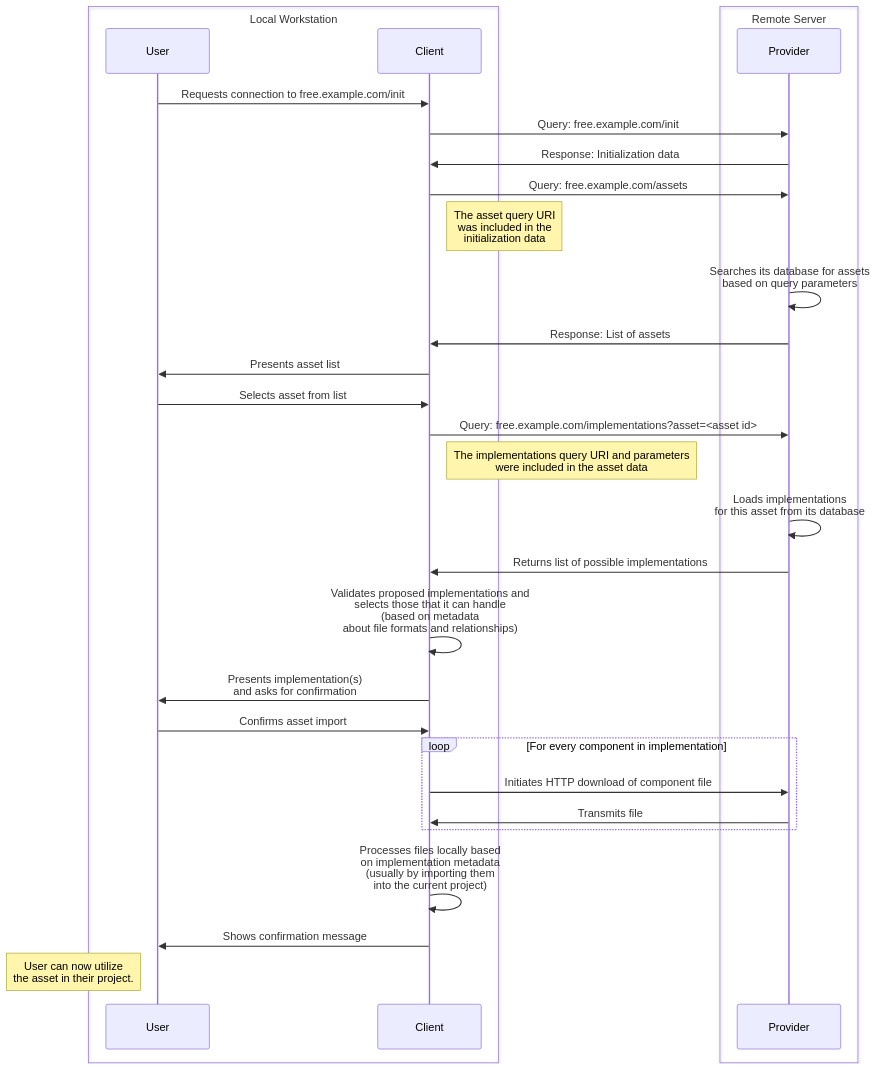
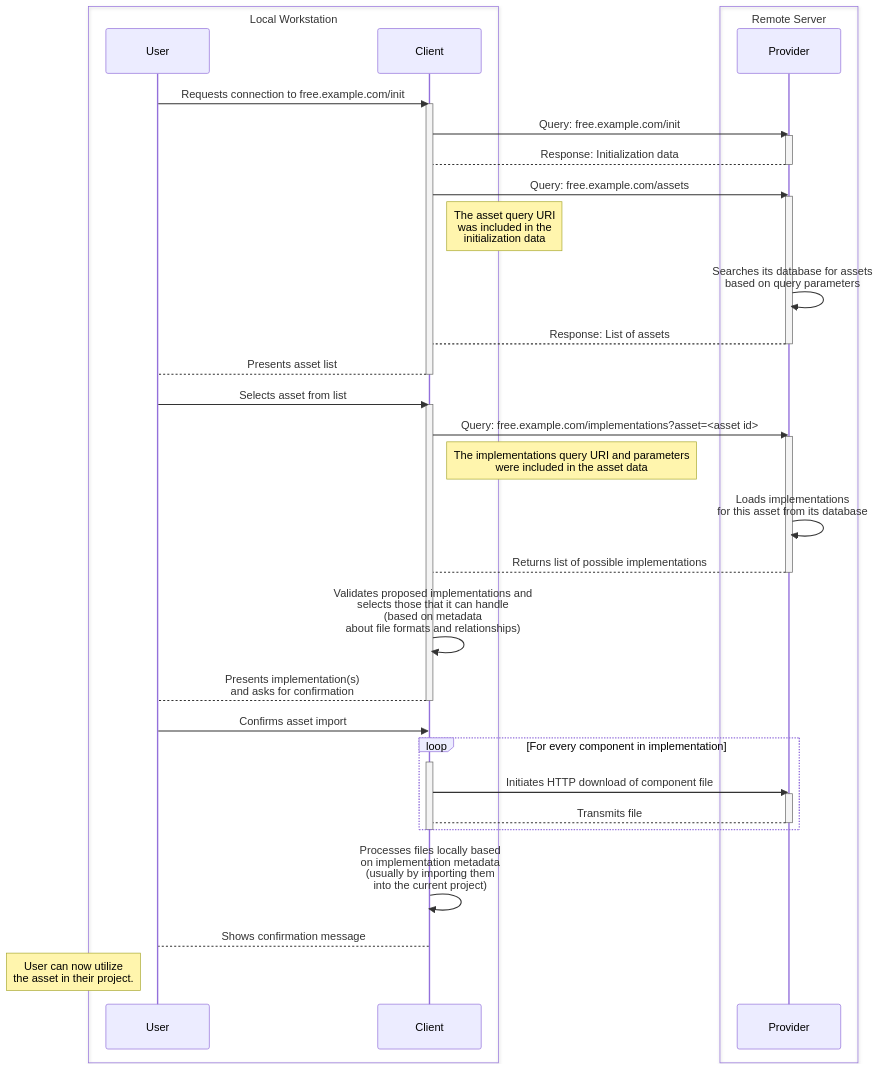
One commit to AssetFetch/spec changed the first of 2 diagrams in spec.md. Above: the diagram before and after it, drawn with Mermaid.

Commit message:
Add proper activations for first example

````diff
--- a/spec.md
+++ b/spec.md
@@ -436,36 +436,56 @@
 ```mermaid
 sequenceDiagram
 
 	box Local Workstation
 		participant User
 		participant Client
 	end
 	box Remote Server
 		participant Provider
 	end
 
     User->>Client: Requests connection to free.example.com/init
+    activate Client
 	Client->>Provider: Query: free.example.com/init
-	Provider->>Client: Response: Initialization data
-	
+    activate Provider
+	Provider-->Client: Response: Initialization data
+    deactivate Provider
+    
 	Client->>Provider: Query: free.example.com/assets
+    activate Provider
 	note right of Client: The asset query URI<br>was included in the<br>initialization data
 	Provider->>Provider: Searches its database for assets<br>based on query parameters
-	Provider->>Client: Response: List of assets
-	Client->>User: Presents asset list
+	Provider-->Client: Response: List of assets
+    deactivate Provider
+    
+	Client-->User: Presents asset list
+    deactivate Client
 	User->>Client: Selects asset from list
+    activate Client
+    
 	Client->>Provider: Query: free.example.com/implementations?asset=<asset id>
+    activate Provider
 	note right of Client: The implementations query URI and parameters<br>were included in the asset data
 	Provider->>Provider: Loads implementations<br>for this asset from its database
-	Provider->>Client: Returns list of possible implementations
+	Provider-->Client: Returns list of possible implementations
+    deactivate Provider
+    
 	Client->>Client: Validates proposed implementations and<br>selects those that it can handle<br>(based on metadata<br> about file formats and relationships)
-	Client->>User: Presents implementation(s)<br>and asks for confirmation
+	Client-->User: Presents implementation(s)<br>and asks for confirmation
+	deactivate Client
 	User->>Client: Confirms asset import
+
 	loop For every component in implementation
+        activate Client
 		Client->>Provider: Initiates HTTP download of component file
-		Provider->>Client: Transmits file
+        activate Provider
+		Provider-->Client: Transmits file
+        deactivate Provider
 	end
+	deactivate Client
+
 	Client->>Client: Processes files locally based<br>on implementation metadata<br>(usually by importing them<br>into the current project)
-	Client->>User: Shows confirmation message
+	Client-->User: Shows confirmation message
 	note left of User: User can now utilize<br>the asset in their project.
+
 ```
````
